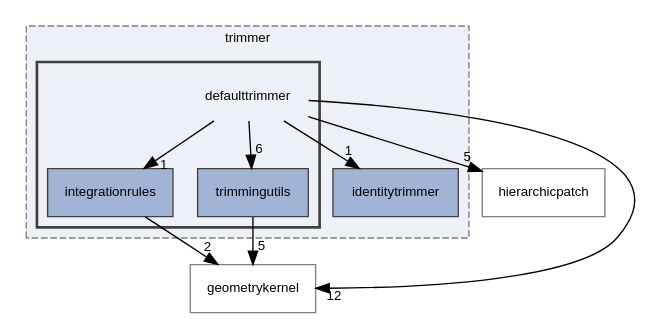
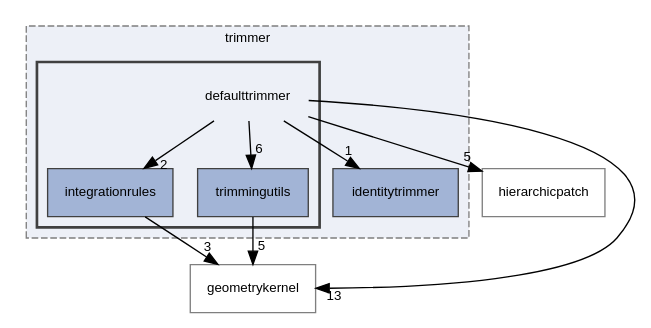
One commit to rath3t/dune-iga-doc changed the diagram in dir_265321845ed2650d675b22a94b62262d_dep.dot. Above: the diagram before and after it, drawn with Graphviz. The commit also changed 1693 other files, not shown here.

```diff
--- a/dir_265321845ed2650d675b22a94b62262d_dep.dot
+++ b/dir_265321845ed2650d675b22a94b62262d_dep.dot
@@ -1,26 +1,26 @@
 digraph "defaulttrimmer"
 {
  // LATEX_PDF_SIZE
   edge [fontname="Helvetica",fontsize="10",labelfontname="Helvetica",labelfontsize="10"];
   node [fontname="Helvetica",fontsize="10",shape=record];
   compound=true
   subgraph clusterdir_7d0c370ab440c4b4f78419bfc8c93eb8 {
     graph [ bgcolor="#edf0f7", pencolor="grey50", style="filled,dashed,", label="trimmer", fontname="Helvetica", fontsize="10", URL="dir_7d0c370ab440c4b4f78419bfc8c93eb8.html"]
   dir_aa3557bd66a6784b3b9e663253e8d0ba [shape=box, label="identitytrimmer", style="filled,", fillcolor="#a2b4d6", color="grey25", URL="dir_aa3557bd66a6784b3b9e663253e8d0ba.html"];
   subgraph clusterdir_265321845ed2650d675b22a94b62262d {
     graph [ bgcolor="#edf0f7", pencolor="grey25", style="filled,bold,", label="", fontname="Helvetica", fontsize="10", URL="dir_265321845ed2650d675b22a94b62262d.html"]
     dir_265321845ed2650d675b22a94b62262d [shape=plaintext, label="defaulttrimmer"];
   dir_7ed5cc8732fbacc6a192622dcae82fb8 [shape=box, label="integrationrules", style="filled,", fillcolor="#a2b4d6", color="grey25", URL="dir_7ed5cc8732fbacc6a192622dcae82fb8.html"];
   dir_75403dd546d989c4e56d84af3932dae7 [shape=box, label="trimmingutils", style="filled,", fillcolor="#a2b4d6", color="grey25", URL="dir_75403dd546d989c4e56d84af3932dae7.html"];
   }
   }
   dir_12fc9e68aad46ae2d80ba50ef1c96d76 [shape=box, label="hierarchicpatch", style="", fillcolor="#edf0f7", color="grey50", URL="dir_12fc9e68aad46ae2d80ba50ef1c96d76.html"];
   dir_98571e7345f7327fea7723ec1a12d870 [shape=box, label="geometrykernel", style="", fillcolor="#edf0f7", color="grey50", URL="dir_98571e7345f7327fea7723ec1a12d870.html"];
   dir_265321845ed2650d675b22a94b62262d->dir_12fc9e68aad46ae2d80ba50ef1c96d76 [headlabel="5", labeldistance=1.5 headhref="dir_000001_000007.html"];
   dir_265321845ed2650d675b22a94b62262d->dir_75403dd546d989c4e56d84af3932dae7 [headlabel="6", labeldistance=1.5 headhref="dir_000001_000018.html"];
-  dir_265321845ed2650d675b22a94b62262d->dir_7ed5cc8732fbacc6a192622dcae82fb8 [headlabel="1", labeldistance=1.5 headhref="dir_000001_000012.html"];
-  dir_265321845ed2650d675b22a94b62262d->dir_98571e7345f7327fea7723ec1a12d870 [headlabel="12", labeldistance=1.5 headhref="dir_000001_000006.html"];
+  dir_265321845ed2650d675b22a94b62262d->dir_7ed5cc8732fbacc6a192622dcae82fb8 [headlabel="2", labeldistance=1.5 headhref="dir_000001_000012.html"];
+  dir_265321845ed2650d675b22a94b62262d->dir_98571e7345f7327fea7723ec1a12d870 [headlabel="13", labeldistance=1.5 headhref="dir_000001_000006.html"];
   dir_265321845ed2650d675b22a94b62262d->dir_aa3557bd66a6784b3b9e663253e8d0ba [headlabel="1", labeldistance=1.5 headhref="dir_000001_000008.html"];
-  dir_7ed5cc8732fbacc6a192622dcae82fb8->dir_98571e7345f7327fea7723ec1a12d870 [headlabel="2", labeldistance=1.5 headhref="dir_000012_000006.html"];
+  dir_7ed5cc8732fbacc6a192622dcae82fb8->dir_98571e7345f7327fea7723ec1a12d870 [headlabel="3", labeldistance=1.5 headhref="dir_000012_000006.html"];
   dir_75403dd546d989c4e56d84af3932dae7->dir_98571e7345f7327fea7723ec1a12d870 [headlabel="5", labeldistance=1.5 headhref="dir_000018_000006.html"];
 }
```
